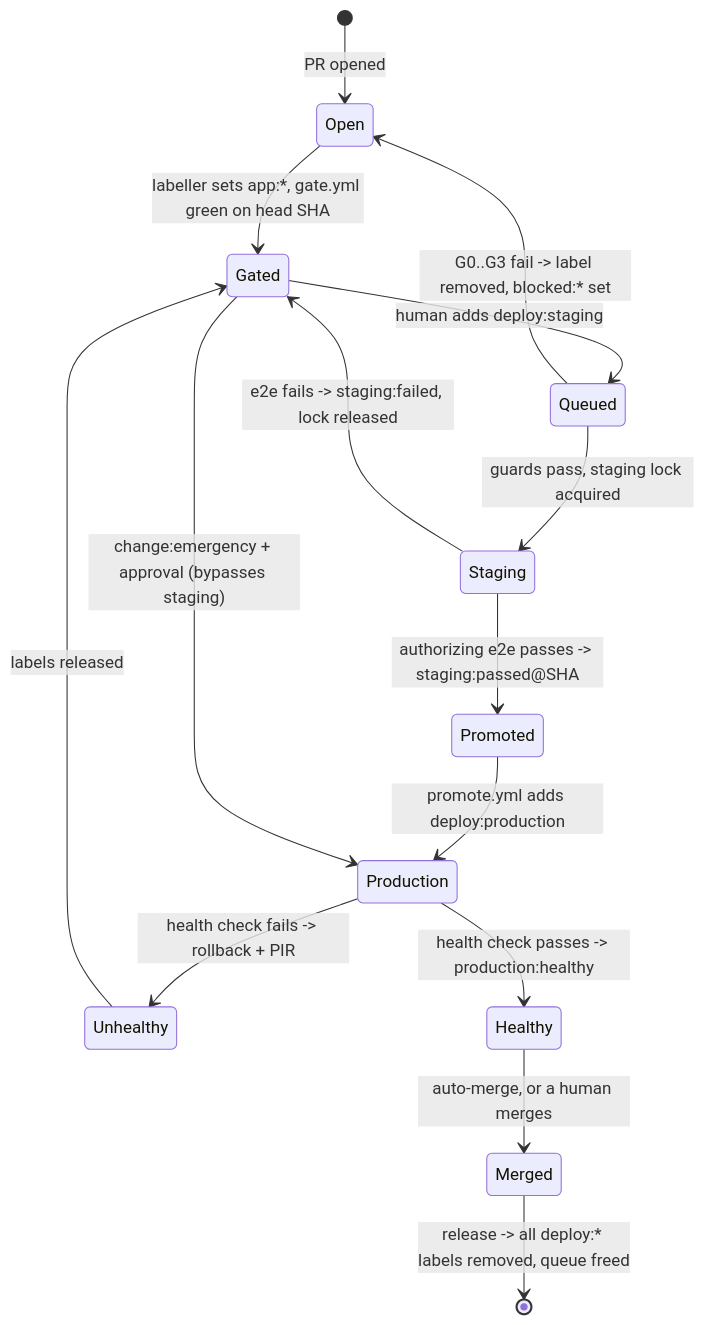
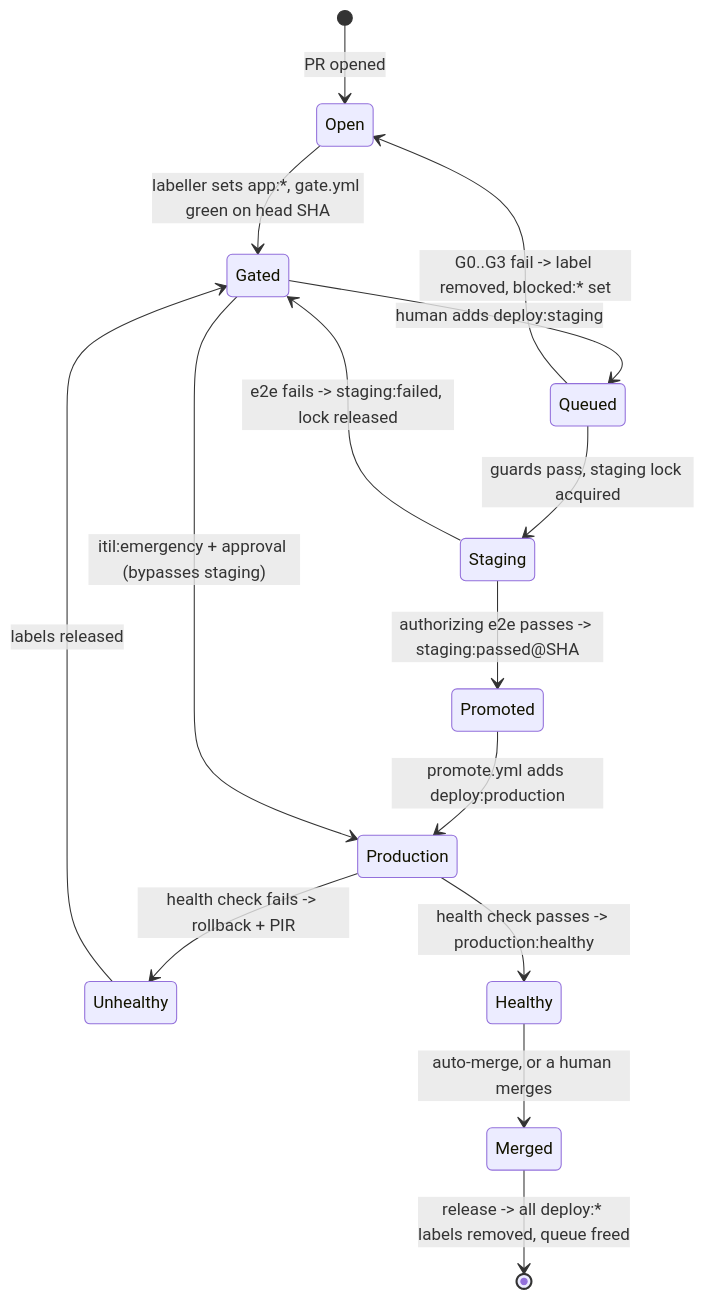
Before and after one commit to aygp-dr/standard-change: the second of 2 diagrams in spec.org, drawn with Mermaid. The commit also changed other lines of this file, not shown here.

```diff
--- a/spec.org
+++ b/spec.org
@@ -880,17 +880,17 @@
 #+begin_src mermaid :eval never-export
 stateDiagram-v2
     [*] --> Open: PR opened
     Open --> Gated: labeller sets app:*, gate.yml green on head SHA
     Gated --> Queued: human adds deploy:staging
     Queued --> Open: G0..G3 fail -> label removed, blocked:* set
     Queued --> Staging: guards pass, staging lock acquired
     Staging --> Gated: e2e fails -> staging:failed, lock released
     Staging --> Promoted: authorizing e2e passes -> staging:passed@SHA
     Promoted --> Production: promote.yml adds deploy:production
-    Gated --> Production: change:emergency + approval (bypasses staging)
+    Gated --> Production: itil:emergency + approval (bypasses staging)
     Production --> Unhealthy: health check fails -> rollback + PIR
     Unhealthy --> Gated: labels released
     Production --> Healthy: health check passes -> production:healthy
     Healthy --> Merged: auto-merge, or a human merges
     Merged --> [*]: release -> all deploy:* labels removed, queue freed
 #+end_src
```
